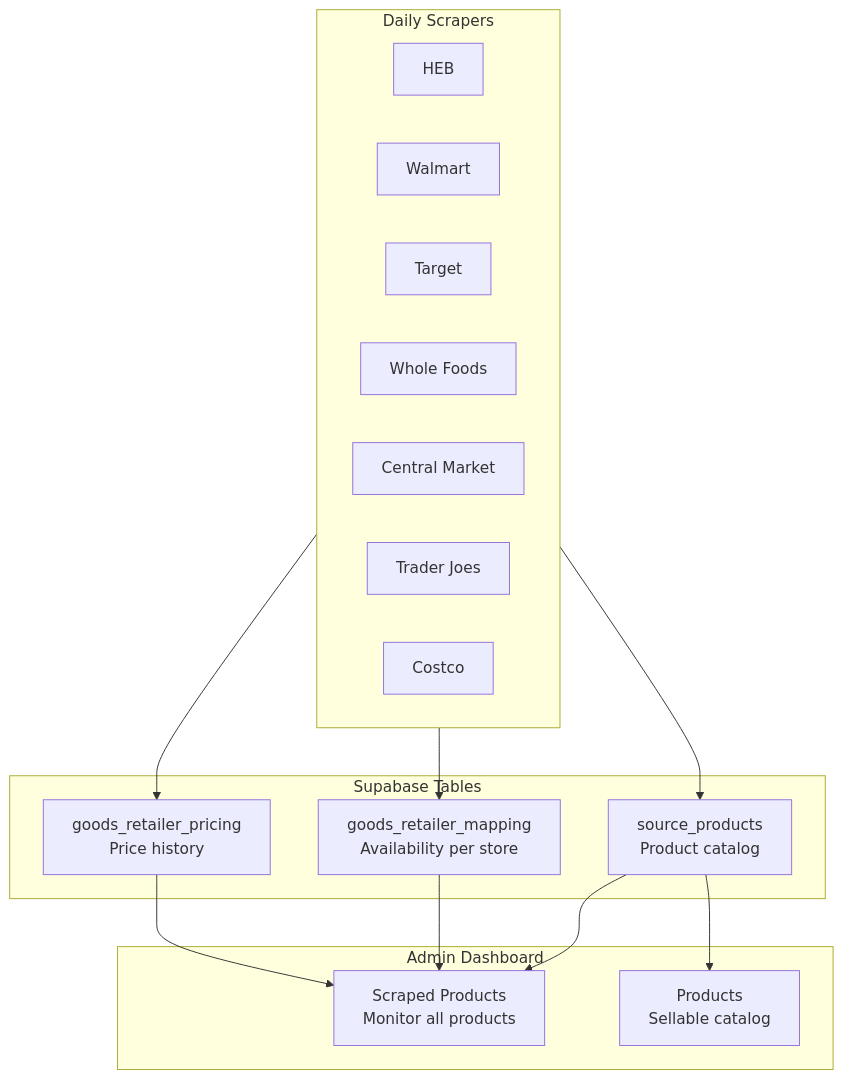
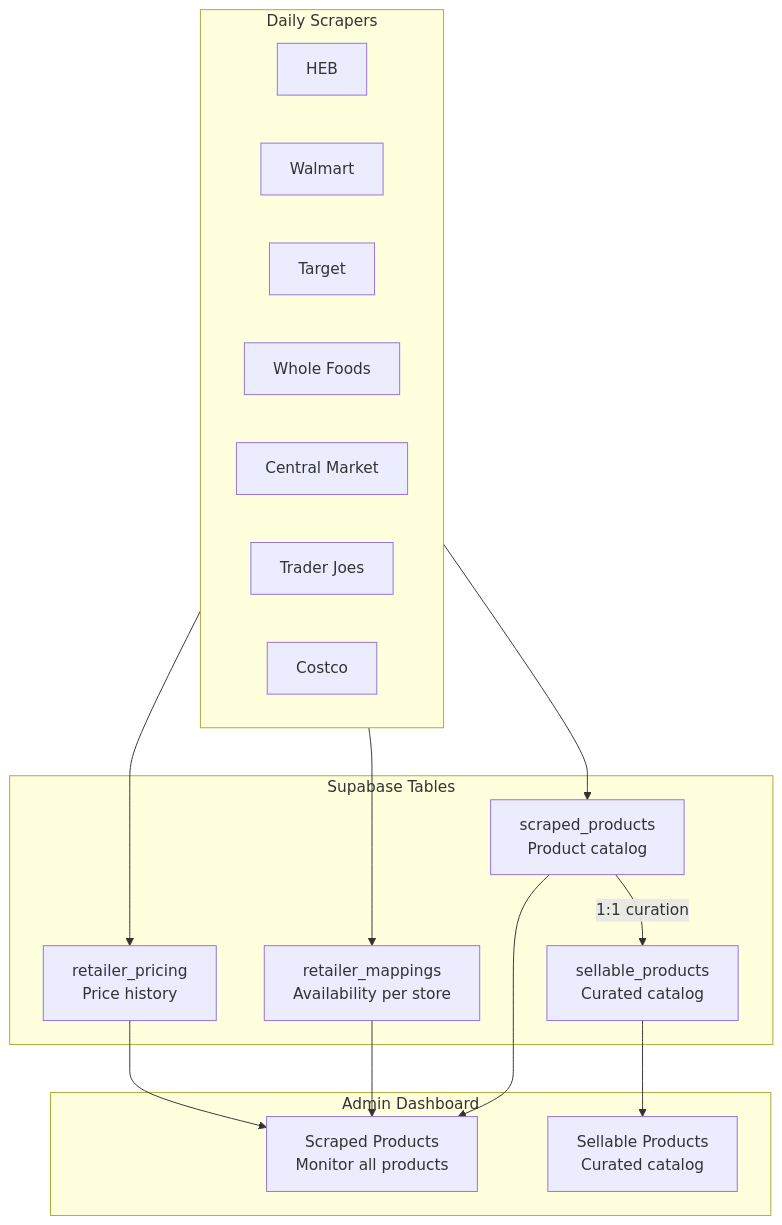
One commit to andrewdyar/switchyard changed the diagram in docs/guides/scraping.mdx. Above: the diagram before and after it, drawn with Mermaid. The commit also changed other lines of this file and 68 other files, not shown here.

First line of the commit message:
refactor: Complete database schema restructuring and cleanup

````diff
--- a/docs/guides/scraping.mdx
+++ b/docs/guides/scraping.mdx
@@ -24,33 +24,35 @@
 ```mermaid
 flowchart TB
     subgraph Scrapers [Daily Scrapers]
         HEB[HEB]
         WAL[Walmart]
         TGT[Target]
         WF[Whole Foods]
         CM[Central Market]
         TJ[Trader Joes]
         CO[Costco]
     end
     
     subgraph Supabase [Supabase Tables]
-        SP[source_products<br/>Product catalog]
-        GRM[goods_retailer_mapping<br/>Availability per store]
-        GRP[goods_retailer_pricing<br/>Price history]
+        SP[scraped_products<br/>Product catalog]
+        RM[retailer_mappings<br/>Availability per store]
+        RP[retailer_pricing<br/>Price history]
+        SEL[sellable_products<br/>Curated catalog]
     end
     
     subgraph Dashboard [Admin Dashboard]
         ScrapedPage[Scraped Products<br/>Monitor all products]
-        ProductsPage[Products<br/>Sellable catalog]
+        SellablePage[Sellable Products<br/>Curated catalog]
     end
     
     Scrapers --> SP
-    Scrapers --> GRM
-    Scrapers --> GRP
+    Scrapers --> RM
+    Scrapers --> RP
     
     SP --> ScrapedPage
-    GRM --> ScrapedPage
-    GRP --> ScrapedPage
+    RM --> ScrapedPage
+    RP --> ScrapedPage
     
-    SP --> ProductsPage
+    SP --> |1:1 curation| SEL
+    SEL --> SellablePage
 ```
````
